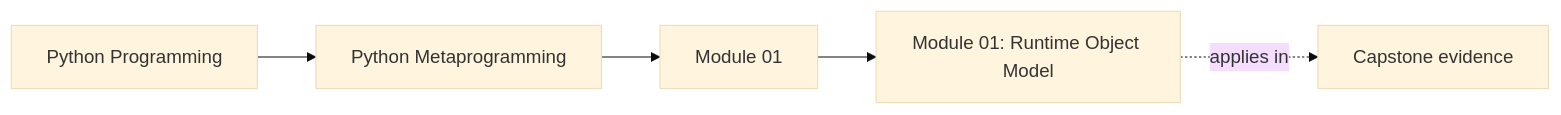
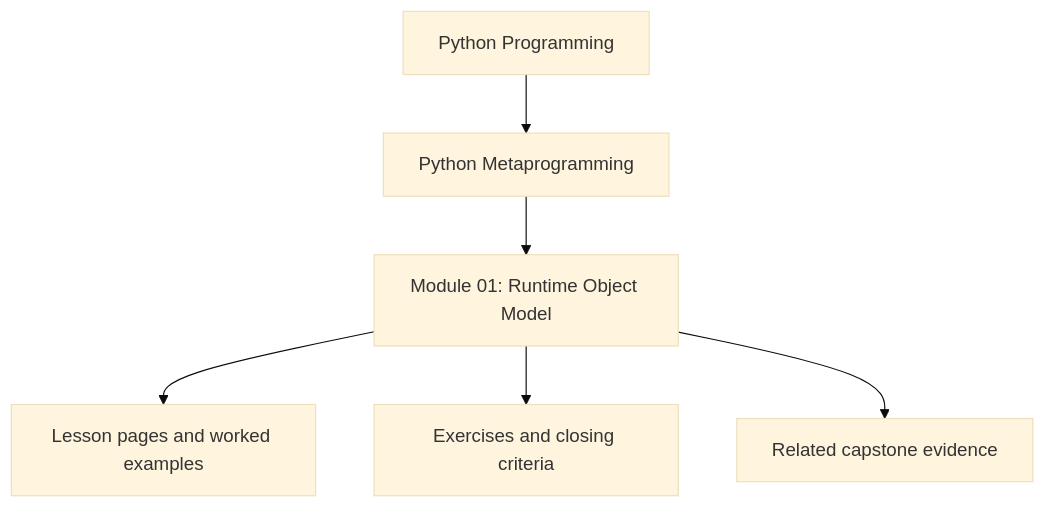
The first of 8 diagrams in programs/python-programming/python-meta-programming/course-book/module-01-runtime-object-model/index.md (bijux/bijux-masterclass), drawn with Mermaid (base theme) before and after one commit. The commit also changed other lines of this file and 10 other files, not shown here.

Commit message:
docs(python-meta-programming): reposition module overview diagrams

````diff
--- a/programs/python-programming/python-meta-programming/course-book/module-01-runtime-object-model/index.md
+++ b/programs/python-programming/python-meta-programming/course-book/module-01-runtime-object-model/index.md
@@ -8,11 +8,8 @@
 ```mermaid
-graph LR
-  family["Python Programming"]
-  program["Python Metaprogramming"]
-  section["Module 01"]
-  page["Module 01: Runtime Object Model"]
-  capstone["Capstone evidence"]
-
-  family --> program --> section --> page
-  page -.applies in.-> capstone
+flowchart TD
+  family["Python Programming"] --> program["Python Metaprogramming"]
+  program --> module["Module 01: Runtime Object Model"]
+  module --> lessons["Lesson pages and worked examples"]
+  module --> checkpoints["Exercises and closing criteria"]
+  module --> capstone["Related capstone evidence"]
 ```
````
